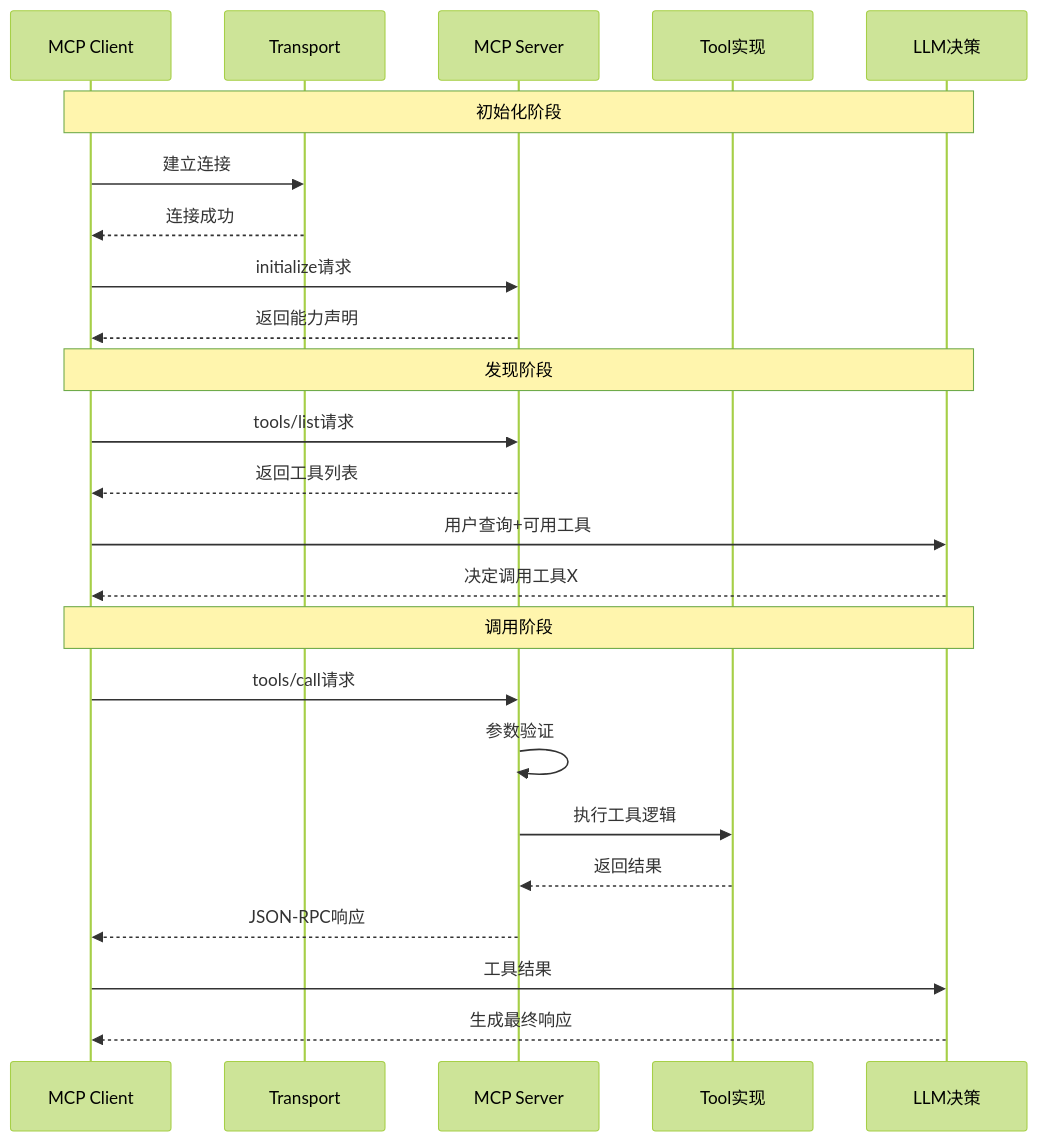
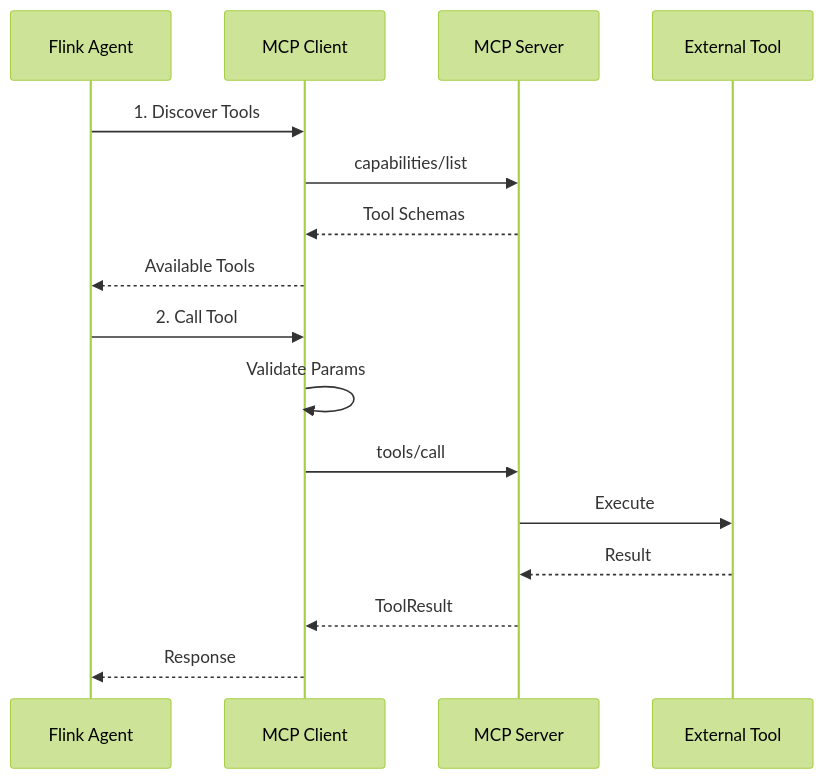
One commit to AdaMartin18010/AnalysisDataFlow changed the third of 4 diagrams in Flink/06-ai-ml/flink-agents-mcp-integration.md. Above: the diagram before and after it, drawn with Mermaid (forest theme). The commit also changed other lines of this file and 259 other files, not shown here.

````diff
--- a/Flink/06-ai-ml/flink-agents-mcp-integration.md
+++ b/Flink/06-ai-ml/flink-agents-mcp-integration.md
@@ -1236,29 +900,20 @@
 ```mermaid
 sequenceDiagram
-    participant Client as MCP Client
-    participant Transport as Transport
+    participant Agent as Flink Agent
+    participant MCP as MCP Client
     participant Server as MCP Server
-    participant Tool as Tool实现
-    participant LLM as LLM决策
-
-    Note over Client,LLM: 初始化阶段
-    Client->>Transport: 建立连接
-    Transport-->>Client: 连接成功
-    Client->>Server: initialize请求
-    Server-->>Client: 返回能力声明
-
-    Note over Client,LLM: 发现阶段
-    Client->>Server: tools/list请求
-    Server-->>Client: 返回工具列表
-    Client->>LLM: 用户查询+可用工具
-    LLM-->>Client: 决定调用工具X
-
-    Note over Client,LLM: 调用阶段
-    Client->>Server: tools/call请求
-    Server->>Server: 参数验证
-    Server->>Tool: 执行工具逻辑
-    Tool-->>Server: 返回结果
-    Server-->>Client: JSON-RPC响应
-    Client->>LLM: 工具结果
-    LLM-->>Client: 生成最终响应
+    participant Tool as External Tool
+    
+    Agent->>MCP: 1. Discover Tools
+    MCP->>Server: capabilities/list
+    Server-->>MCP: Tool Schemas
+    MCP-->>Agent: Available Tools
+    
+    Agent->>MCP: 2. Call Tool
+    MCP->>MCP: Validate Params
+    MCP->>Server: tools/call
+    Server->>Tool: Execute
+    Tool-->>Server: Result
+    Server-->>MCP: ToolResult
+    MCP-->>Agent: Response
 ```
````
